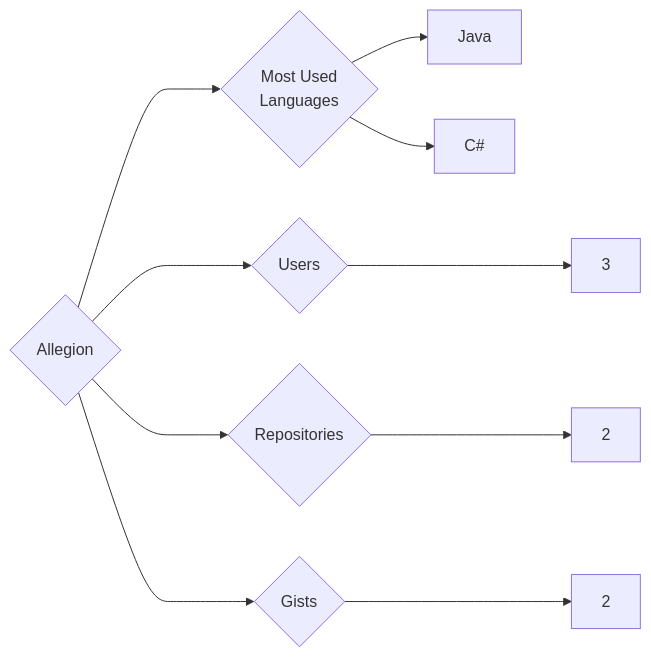
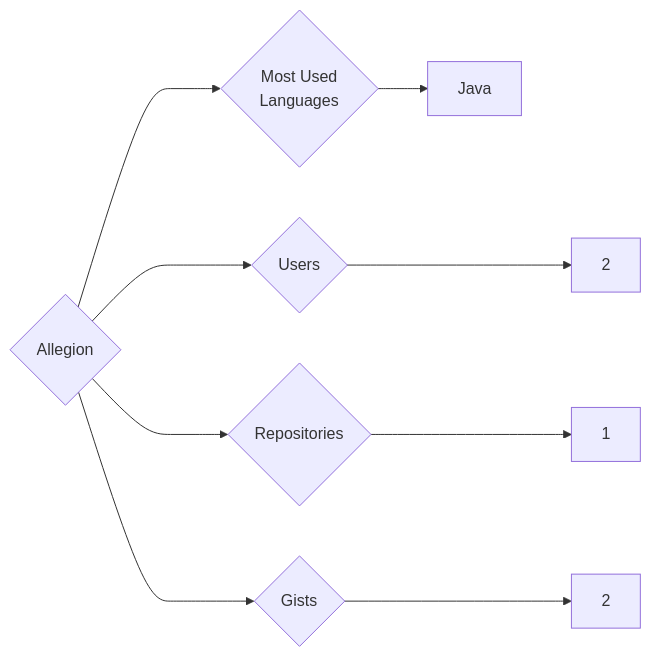
One commit to trickest/insiders changed the diagram in targets/Allegion/README.md. Above: the diagram before and after it, drawn with Mermaid. The commit also changed 1023 other files, not shown here.

````diff
--- a/targets/Allegion/README.md
+++ b/targets/Allegion/README.md
@@ -3,10 +3,9 @@
 ```mermaid
 graph LR
 COMPANY_NAME{Allegion}
-COMPANY_NAME ---> U{Users} ---> UN[3]
-COMPANY_NAME ---> R{Repositories} ---> RN[2]
+COMPANY_NAME ---> U{Users} ---> UN[2]
+COMPANY_NAME ---> R{Repositories} ---> RN[1]
 COMPANY_NAME ---> G{Gists} ---> GN[2]
 COMPANY_NAME ---> ML{Most Used<br>Languages}
 ML --> Java[Java]
-ML --> C#[C#]
 ```
````
